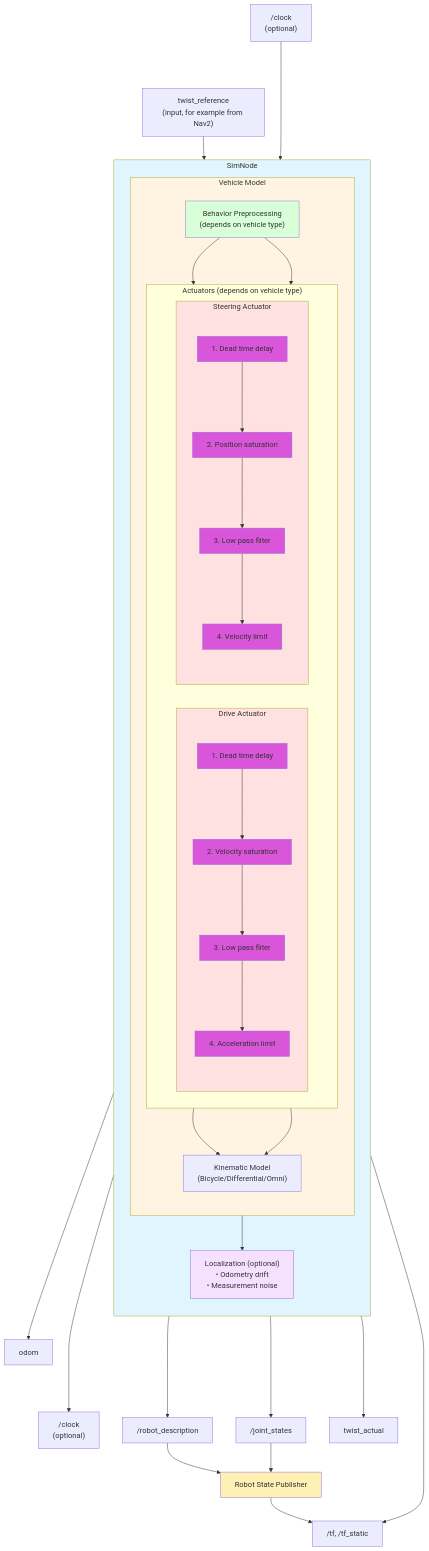
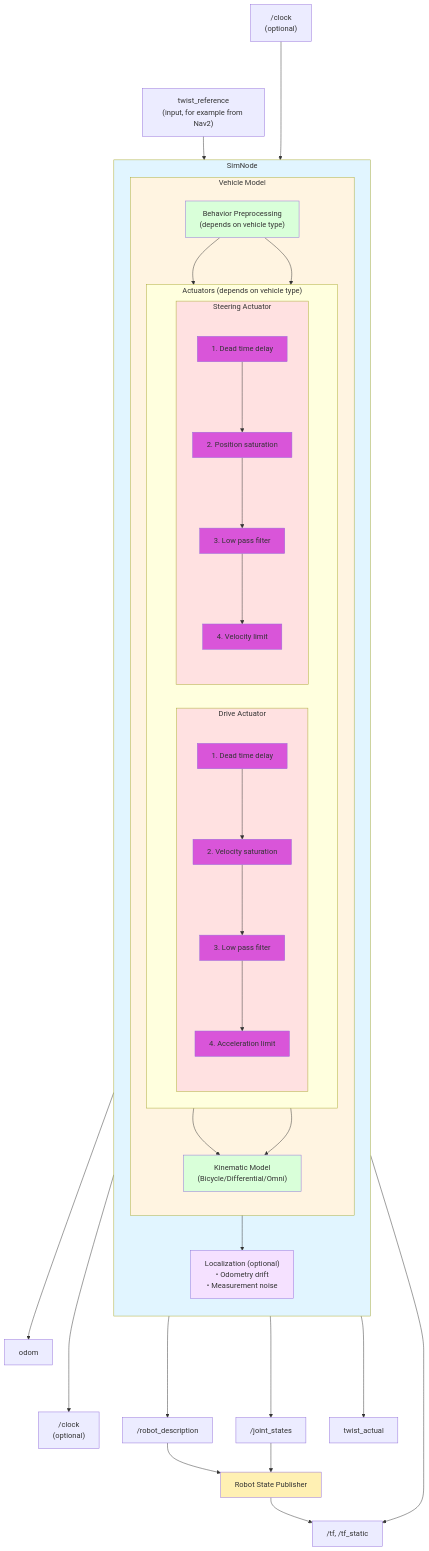
The diagram in README.md (abaeyens/vehicle_dynamics_sim), drawn with Mermaid before and after one commit. The commit also changed other lines of this file and 2 other files, not shown here.

````diff
--- a/README.md
+++ b/README.md
@@ -237,6 +249,9 @@
     
     style SimNode fill:#e1f5ff
     style Vehicle fill:#fff4e1
+    style BP fill:#d9ffd9
+    style Drive fill:#ffe1e1
+    style Steer fill:#ffe1e1
     style D1 fill:#d955d9
     style D2 fill:#d955d9
     style D3 fill:#d955d9
@@ -245,9 +260,7 @@
     style S2 fill:#d955d9
     style S3 fill:#d955d9
     style S4 fill:#d955d9
-    style BP fill:#d9ffd9
-    style Drive fill:#ffe1e1
-    style Steer fill:#ffe1e1
+    style Kin fill:#d9ffd9
     style Loc fill:#f5e1ff
     style RSP fill:#fff0b3
 ```
````
